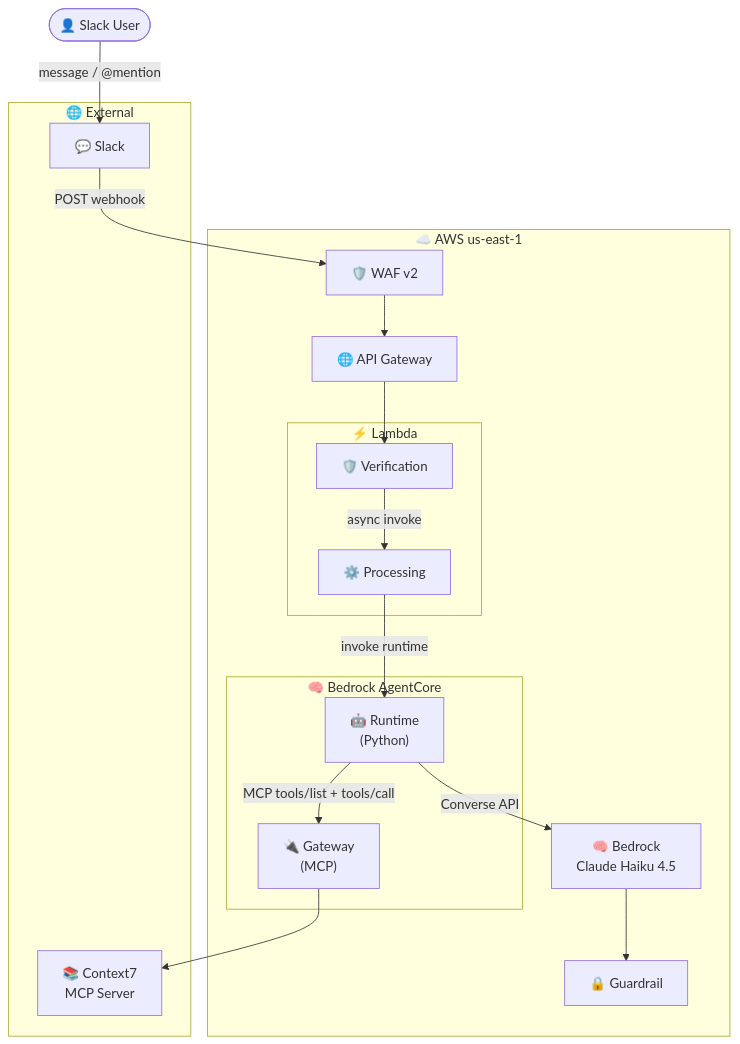
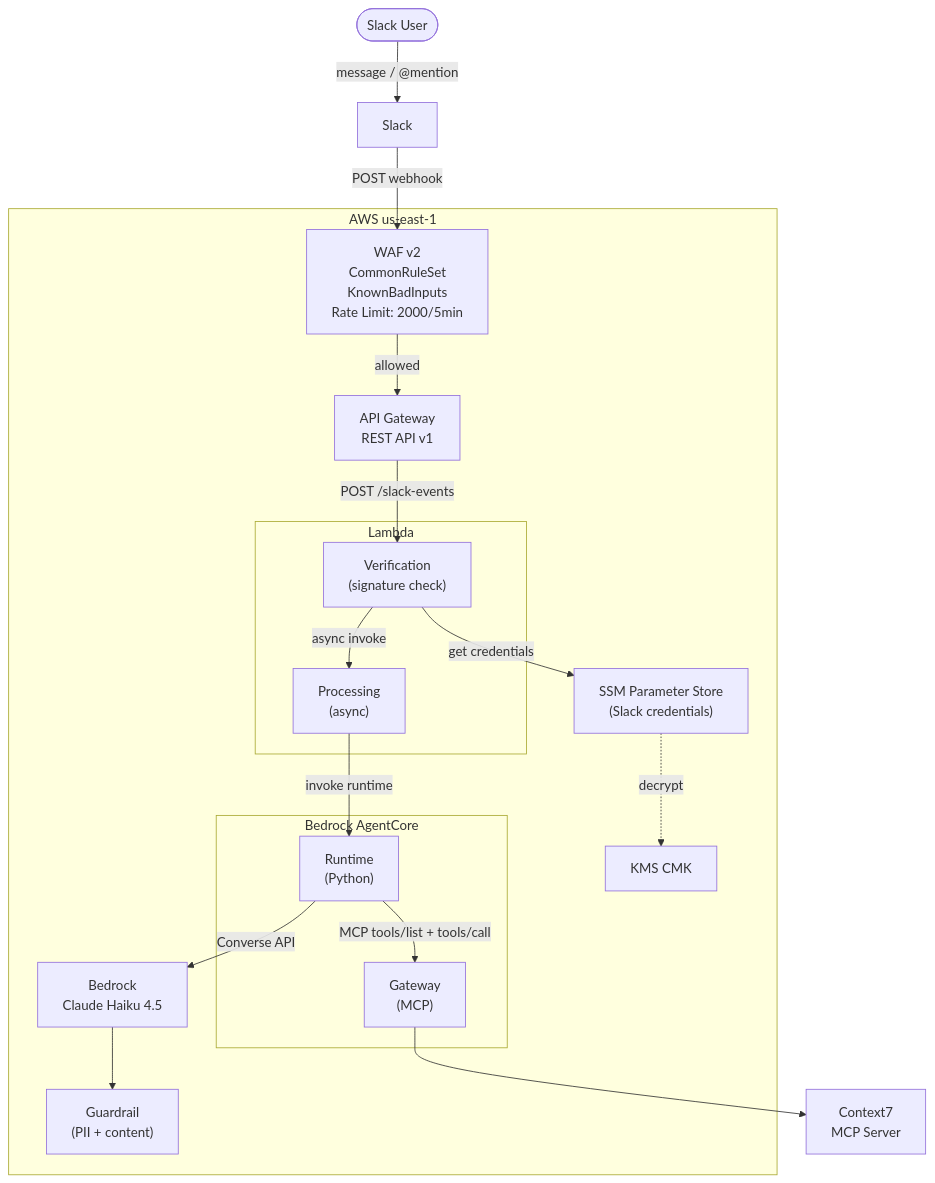
Before and after one commit to ruzickap/ruzickap.github.io: the diagram in _posts/2026/2026-06-11-bedrock-agentcore-slack-opentofu.md, drawn with Mermaid. The commit also changed other lines of this file and 2 other files, not shown here.

First line of the commit message:
feat: switch to REST API Gateway and improve post content

````diff
--- a/_posts/2026/2026-06-11-bedrock-agentcore-slack-opentofu.md
+++ b/_posts/2026/2026-06-11-bedrock-agentcore-slack-opentofu.md
@@ -27,35 +28,37 @@
 ```mermaid
 flowchart TD
-  User(["👤 Slack User"])
+  User(["Slack User"])
 
   User -- "message / @mention" --> Slack
   Slack -- "POST webhook" --> WAF
-  WAF --> APIGW
-  APIGW --> LV
+  WAF -- "allowed" --> APIGW
+  APIGW -- "POST /slack-events" --> LV
+  LV -- "get credentials" --> SSM
+  SSM -. "decrypt" .-> KMS
   LV -- "async invoke" --> LP
   LP -- "invoke runtime" --> RT
   RT -- "MCP tools/list + tools/call" --> GW
   GW --> C7
   RT -- "Converse API" --> BR
   BR --> Guard
 
-  subgraph AWS["☁️ AWS us-east-1"]
-    WAF["🛡️ WAF v2"]
-    APIGW["🌐 API Gateway"]
-    subgraph Lambda["⚡ Lambda"]
-      LV["🛡️ Verification"]
-      LP["⚙️ Processing"]
+  subgraph AWS["AWS us-east-1"]
+    WAF["WAF v2\nCommonRuleSet\nKnownBadInputs\nRate Limit: 2000/5min"]
+    KMS["KMS CMK"]
+    APIGW["API Gateway\nREST API v1"]
+    SSM["SSM Parameter Store\n(Slack credentials)"]
+    subgraph Lambda["Lambda"]
+      LV["Verification\n(signature check)"]
+      LP["Processing\n(async)"]
     end
-    subgraph AgentCore["🧠 Bedrock AgentCore"]
-      RT["🤖 Runtime\n(Python)"]
-      GW["🔌 Gateway\n(MCP)"]
+    subgraph AgentCore["Bedrock AgentCore"]
+      RT["Runtime\n(Python)"]
+      GW["Gateway\n(MCP)"]
     end
-    BR["🧠 Bedrock\nClaude Haiku 4.5"]
-    Guard["🔒 Guardrail"]
+    BR["Bedrock\nClaude Haiku 4.5"]
+    Guard["Guardrail\n(PII + content)"]
   end
 
-  subgraph External["🌐 External"]
-    Slack["💬 Slack"]
-    C7["📚 Context7\nMCP Server"]
-  end
+  Slack["Slack"]
+  C7["Context7\nMCP Server"]
 ```
````
